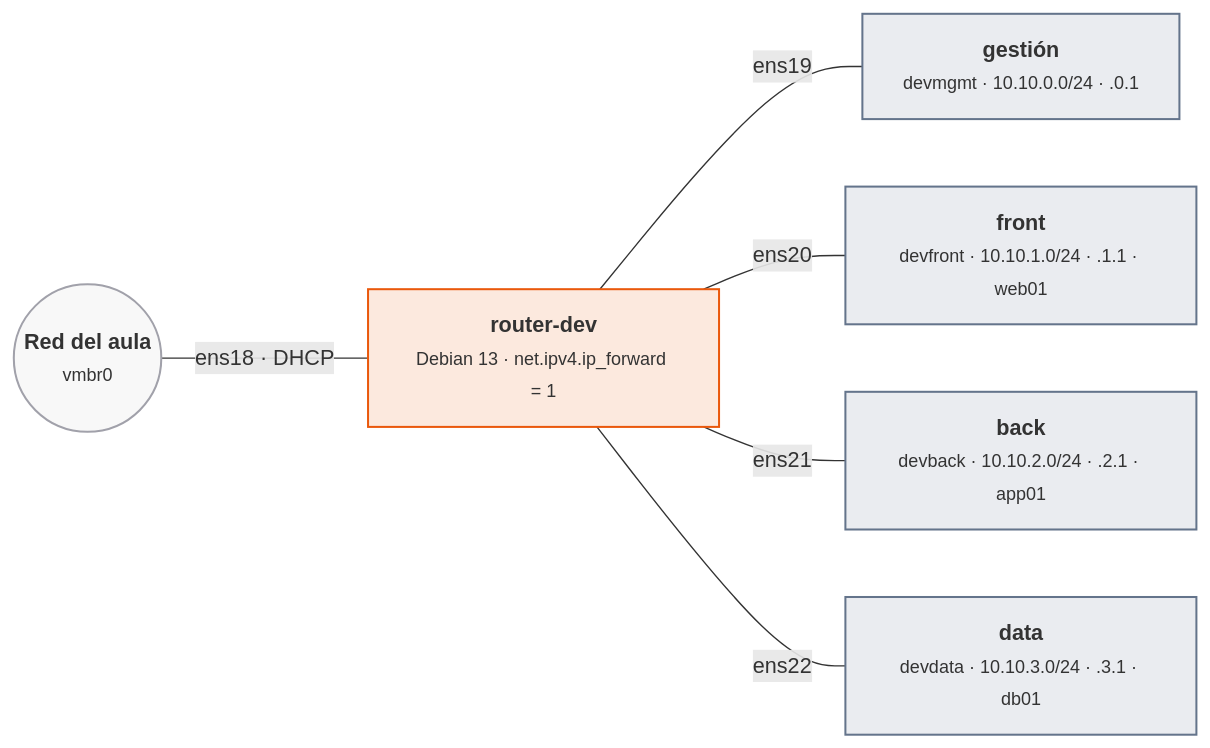
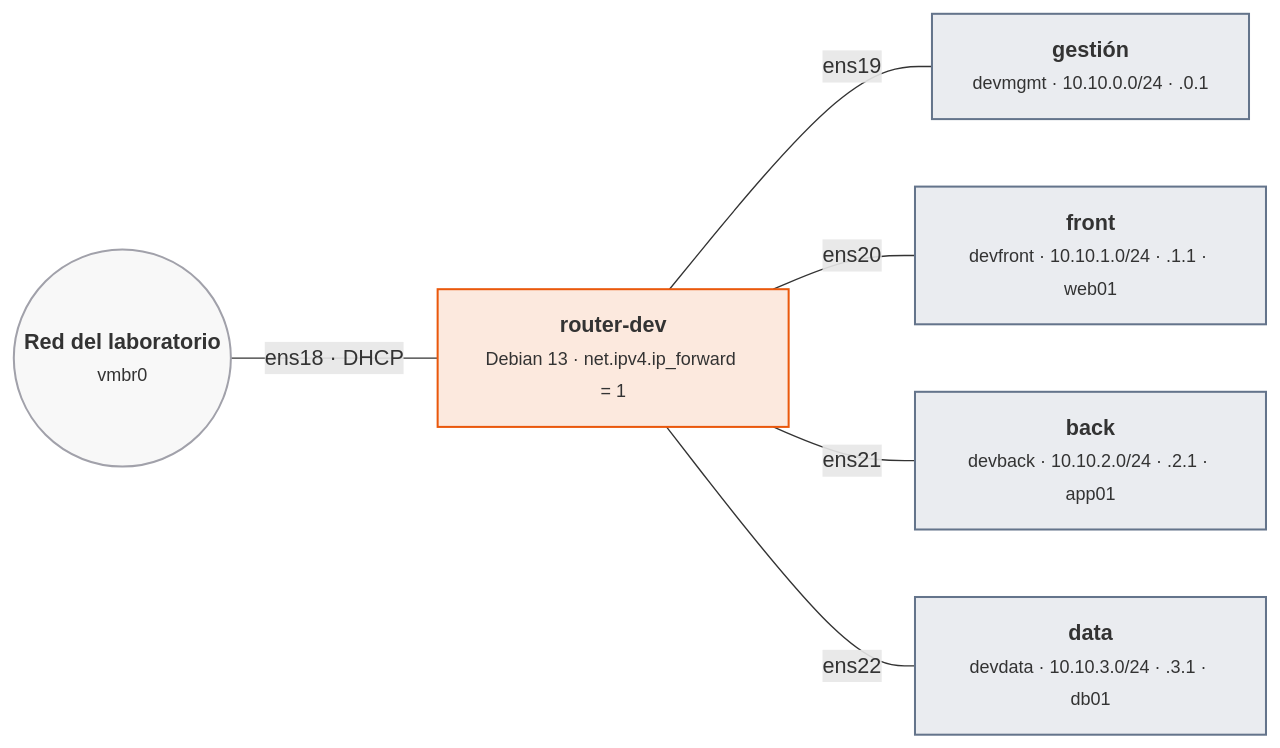
Before and after one commit to victor-educ/apuntes-5166: the fourth of 8 diagrams in docs/ut/ut2-vpc.md, drawn with Mermaid. The commit also changed other lines of this file and 12 other files, not shown here.

````diff
--- a/docs/ut/ut2-vpc.md
+++ b/docs/ut/ut2-vpc.md
@@ -394,20 +394,20 @@
 ```mermaid
 flowchart LR
-    AULA(("<b>Red del aula</b><br><small>vmbr0</small>")):::infra
+    AULA(("<b>Red del laboratorio</b><br><small>vmbr0</small>")):::infra
     R["<b>router-dev</b><br><small>Debian 13 · net.ipv4.ip_forward = 1</small>"]:::act
     G["<b>gestión</b><br><small>devmgmt · 10.10.0.0/24 · .0.1</small>"]:::pieza
     F["<b>front</b><br><small>devfront · 10.10.1.0/24 · .1.1 · web01</small>"]:::pieza
     B["<b>back</b><br><small>devback · 10.10.2.0/24 · .2.1 · app01</small>"]:::pieza
     D["<b>data</b><br><small>devdata · 10.10.3.0/24 · .3.1 · db01</small>"]:::pieza
     AULA -- "ens18 · DHCP" --- R
     R -- "ens19" --- G
     R -- "ens20" --- F
     R -- "ens21" --- B
     R -- "ens22" --- D
     classDef act fill:#ea580c22,stroke:#ea580c,stroke-width:1.5px
     classDef pieza fill:#64748b22,stroke:#64748b,stroke-width:1.5px
     classDef dato fill:#2563eb22,stroke:#2563eb,stroke-width:1.5px
     classDef infra fill:#a1a1aa14,stroke:#a1a1aa,stroke-width:1.5px
     classDef ok fill:#16a34a22,stroke:#16a34a,stroke-width:1.5px
     classDef riesgo fill:#dc262622,stroke:#dc2626,stroke-width:1.5px
 ```
````
